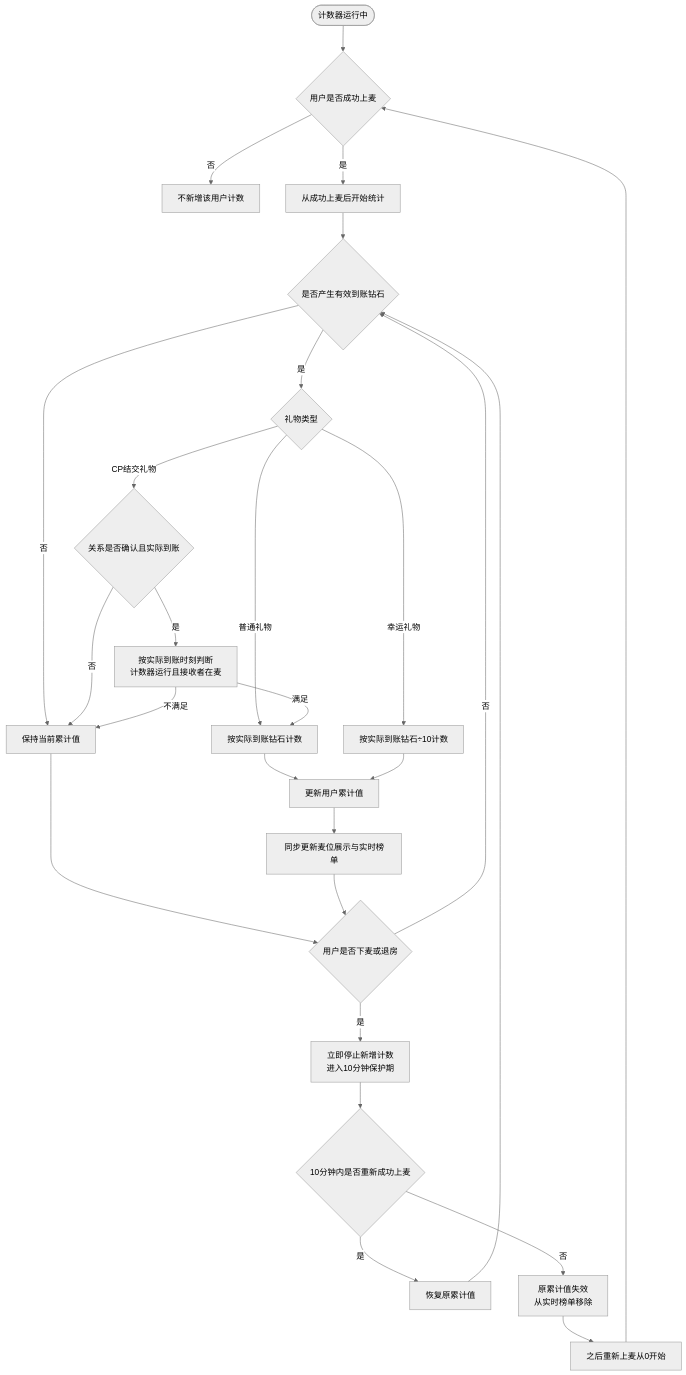
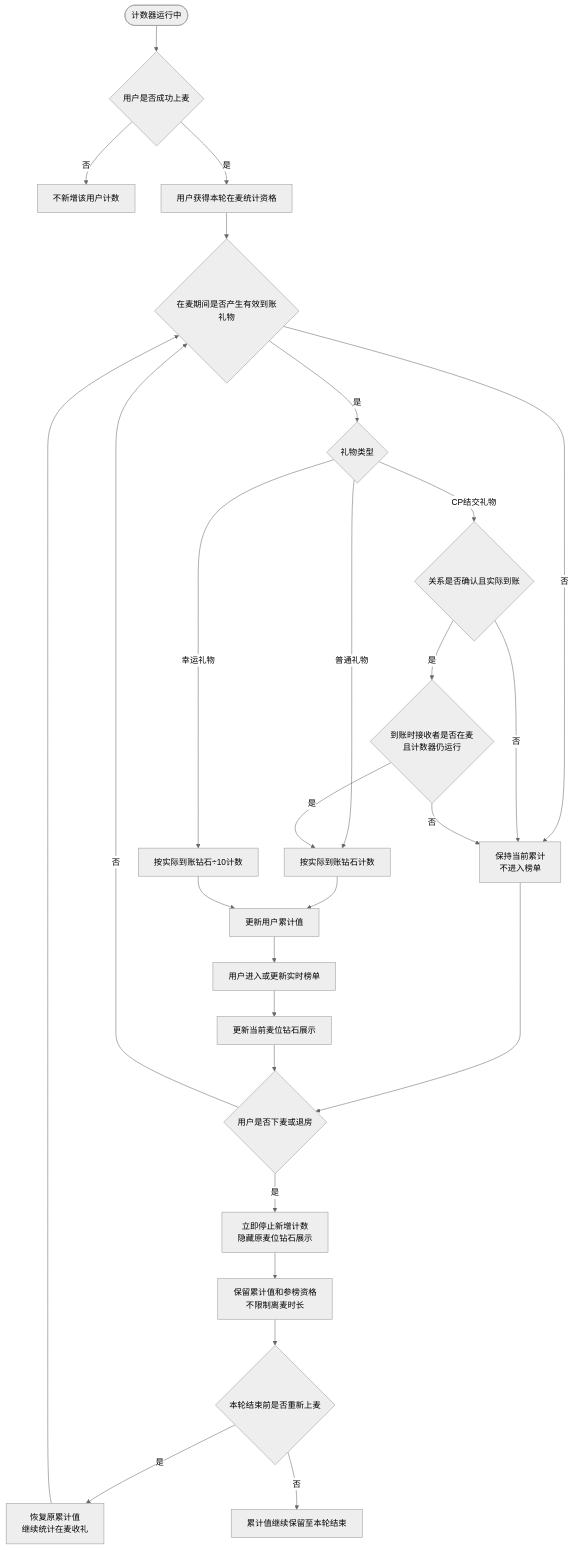
Before and after one commit to Chawucikela/TOP-KHALIJ: the second of 8 diagrams in 钻石计数器/钻石计数器_业务流程图.md, drawn with Mermaid (neutral theme). The commit also changed other lines of this file and 16 other files, not shown here.

````diff
--- a/钻石计数器/钻石计数器_业务流程图.md
+++ b/钻石计数器/钻石计数器_业务流程图.md
@@ -54,35 +59,34 @@
 ```mermaid
 flowchart TD
     A([计数器运行中]) --> B{用户是否成功上麦}
     B -- 否 --> C[不新增该用户计数]
-    B -- 是 --> D[从成功上麦后开始统计]
+    B -- 是 --> D[用户获得本轮在麦统计资格]
 
-    D --> E{是否产生有效到账钻石}
-    E -- 否 --> F[保持当前累计值]
+    D --> E{在麦期间是否产生有效到账礼物}
+    E -- 否 --> F[保持当前累计<br/>不进入榜单]
     E -- 是 --> G{礼物类型}
 
     G -- 普通礼物 --> H[按实际到账钻石计数]
     G -- 幸运礼物 --> I[按实际到账钻石÷10计数]
     G -- CP结交礼物 --> J{关系是否确认且实际到账}
 
     J -- 否 --> F
-    J -- 是 --> K[按实际到账时刻判断<br/>计数器运行且接收者在麦]
-    K -- 不满足 --> F
-    K -- 满足 --> H
+    J -- 是 --> K{到账时接收者是否在麦<br/>且计数器仍运行}
+    K -- 否 --> F
+    K -- 是 --> H
 
     H --> L[更新用户累计值]
     I --> L
-    L --> M[同步更新麦位展示与实时榜单]
-    F --> N{用户是否下麦或退房}
-    M --> N
+    L --> M[用户进入或更新实时榜单]
+    M --> N[更新当前麦位钻石展示]
 
-    N -- 否 --> E
-    N -- 是 --> O[立即停止新增计数<br/>进入10分钟保护期]
-    O --> P{10分钟内是否重新成功上麦}
-
-    P -- 是 --> Q[恢复原累计值]
-    Q --> E
-    P -- 否 --> R[原累计值失效<br/>从实时榜单移除]
-    R --> S[之后重新上麦从0开始]
-    S --> B
+    F --> O{用户是否下麦或退房}
+    N --> O
+    O -- 否 --> E
+    O -- 是 --> P[立即停止新增计数<br/>隐藏原麦位钻石展示]
+    P --> Q[保留累计值和参榜资格<br/>不限制离麦时长]
+    Q --> R{本轮结束前是否重新上麦}
+    R -- 是 --> S[恢复原累计值<br/>继续统计在麦收礼]
+    S --> E
+    R -- 否 --> T[累计值继续保留至本轮结束]
 ```
````
